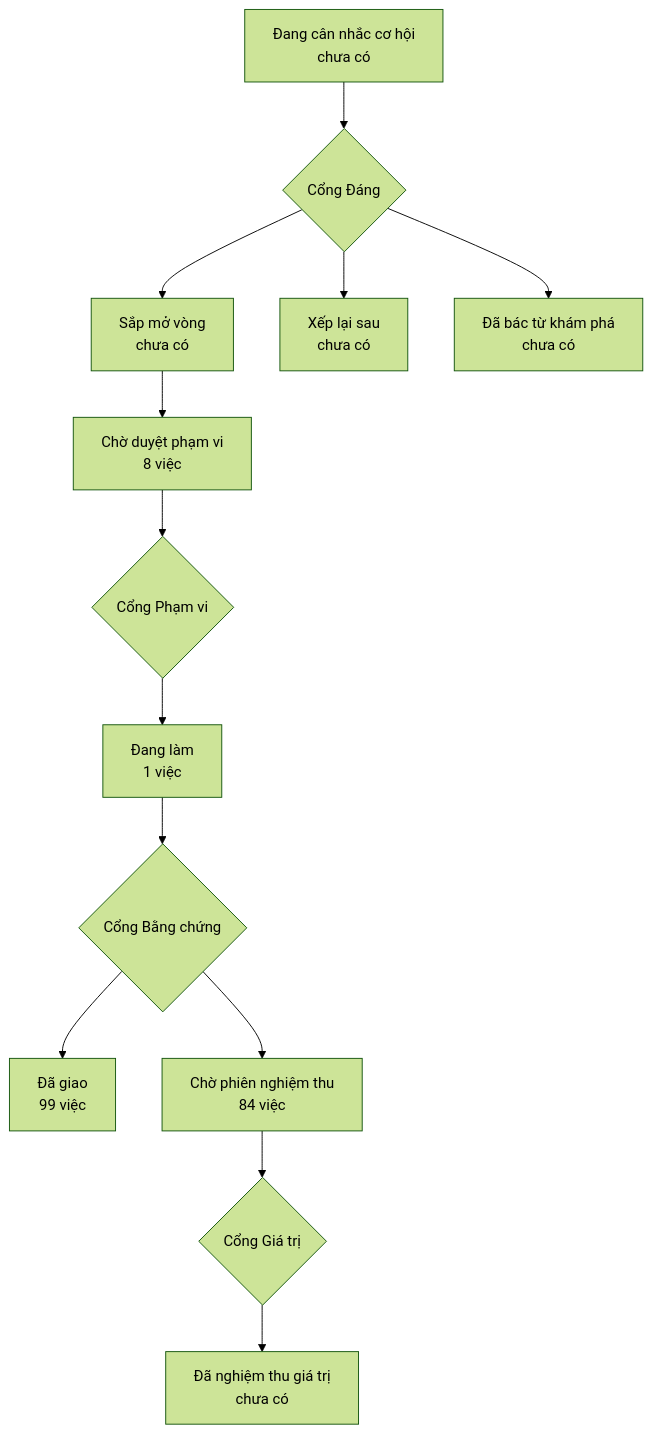
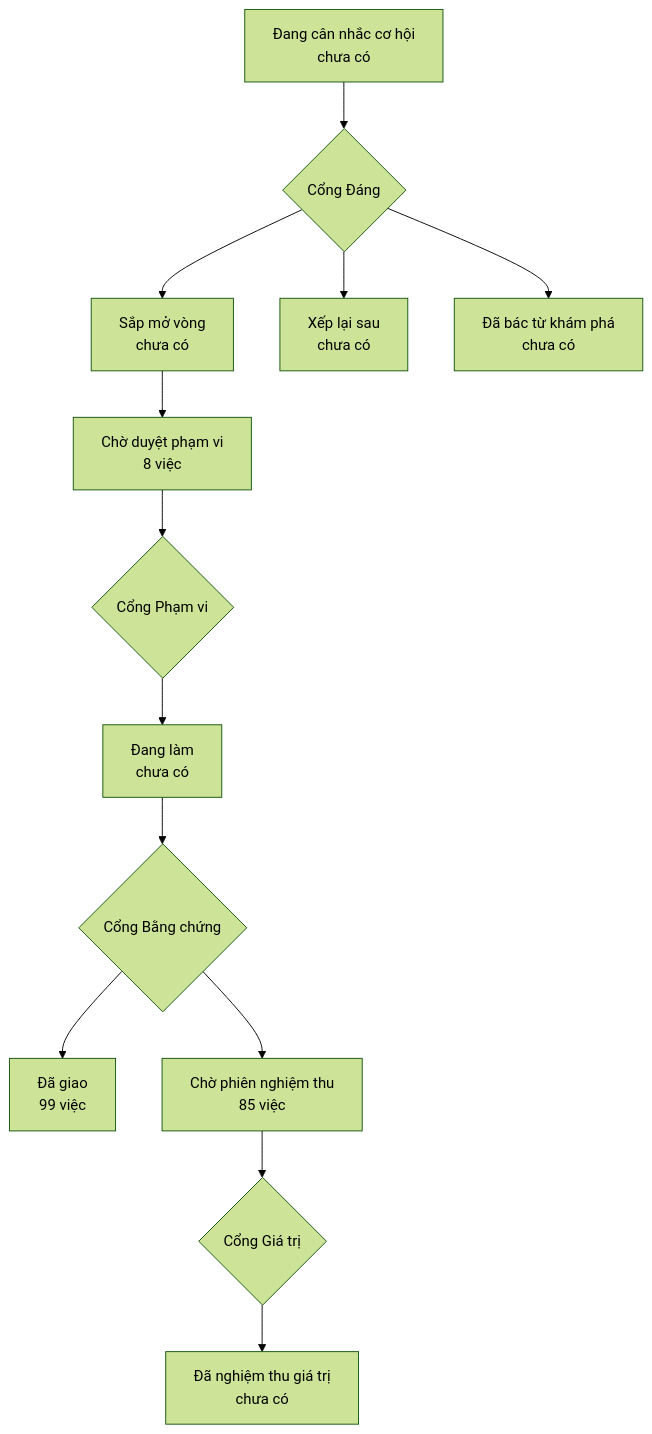
One commit to phanlemanh/onehub-invest changed the diagram in PRODUCT-MAP.md. Above: the diagram before and after it, drawn with Mermaid (forest theme). The commit also changed other lines of this file and 6 other files, not shown here.

````diff
--- a/PRODUCT-MAP.md
+++ b/PRODUCT-MAP.md
@@ -7,12 +7,12 @@
 ```mermaid
 flowchart TD
   A["Đang cân nhắc cơ hội<br/>chưa có"] --> GD{"Cổng Đáng"}
   GD --> B["Sắp mở vòng<br/>chưa có"]
   GD --> XL["Xếp lại sau<br/>chưa có"]
   GD --> DB["Đã bác từ khám phá<br/>chưa có"]
   B --> CD["Chờ duyệt phạm vi<br/>8 việc"] --> GP{"Cổng Phạm vi"}
-  GP --> DL["Đang làm<br/>1 việc"] --> GB{"Cổng Bằng chứng"}
+  GP --> DL["Đang làm<br/>chưa có"] --> GB{"Cổng Bằng chứng"}
   GB --> DG["Đã giao<br/>99 việc"]
-  GB --> CN["Chờ phiên nghiệm thu<br/>84 việc"] --> GG{"Cổng Giá trị"}
+  GB --> CN["Chờ phiên nghiệm thu<br/>85 việc"] --> GG{"Cổng Giá trị"}
   GG --> NT["Đã nghiệm thu giá trị<br/>chưa có"]
 ```
````
